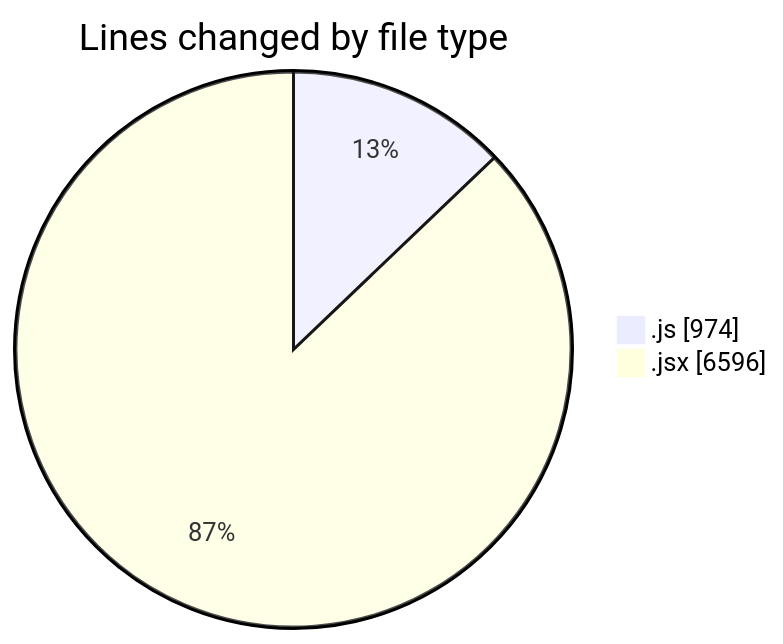
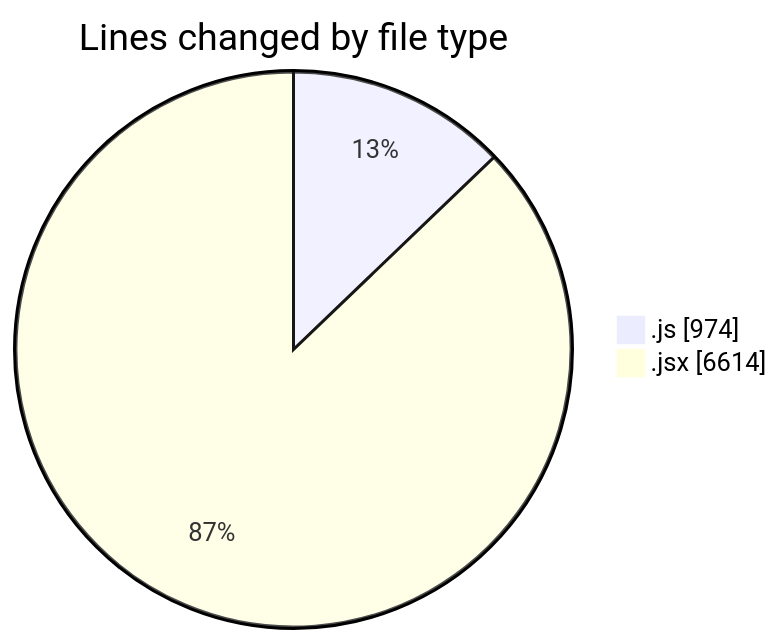
Before and after one commit to nxtqubesakshisongat/code-tracking: the first of 2 diagrams in 2025-12-05/nxtqube_webapp/README.md, drawn with Mermaid. The commit also changed other lines of this file and 1 other file, not shown here.

````diff
--- a/2025-12-05/nxtqube_webapp/README.md
+++ b/2025-12-05/nxtqube_webapp/README.md
@@ -26,6 +26,6 @@
 ```mermaid
 pie showData
 title Lines changed by file type
 ".js" : 974
-".jsx" : 6596
+".jsx" : 6614
 ```
````
